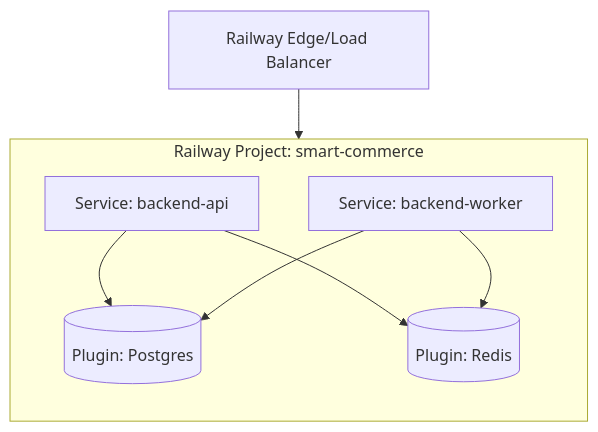
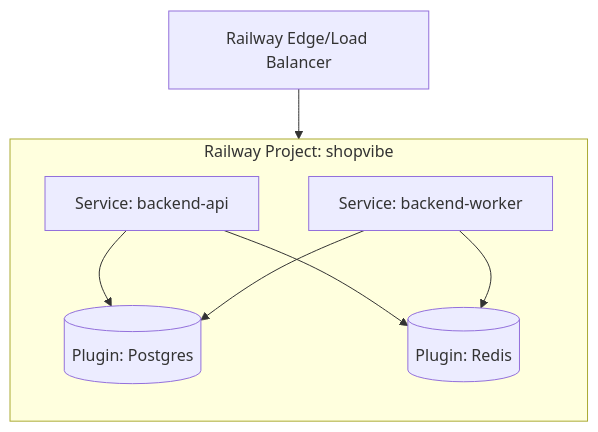
One commit to Jyotishkumar-dev/E-Commerce-Platform changed the eighth of 20 diagrams in docs/docs/DevOps.md. Above: the diagram before and after it, drawn with Mermaid. The commit also changed other lines of this file and 6 other files, not shown here.

````diff
--- a/docs/docs/DevOps.md
+++ b/docs/docs/DevOps.md
@@ -693,16 +693,16 @@
 ```mermaid
 flowchart TB
-    subgraph Railway["Railway Project: smart-commerce"]
+    subgraph Railway["Railway Project: shopvibe"]
         direction TB
         SVC1[Service: backend-api]
         SVC2[Service: backend-worker]
         SVC3[(Plugin: Postgres)]
         SVC4[(Plugin: Redis)]
     end
 
     SVC1 --> SVC3
     SVC1 --> SVC4
     SVC2 --> SVC3
     SVC2 --> SVC4
     LB[Railway Edge/Load Balancer] --> SVC1
 ```
````
